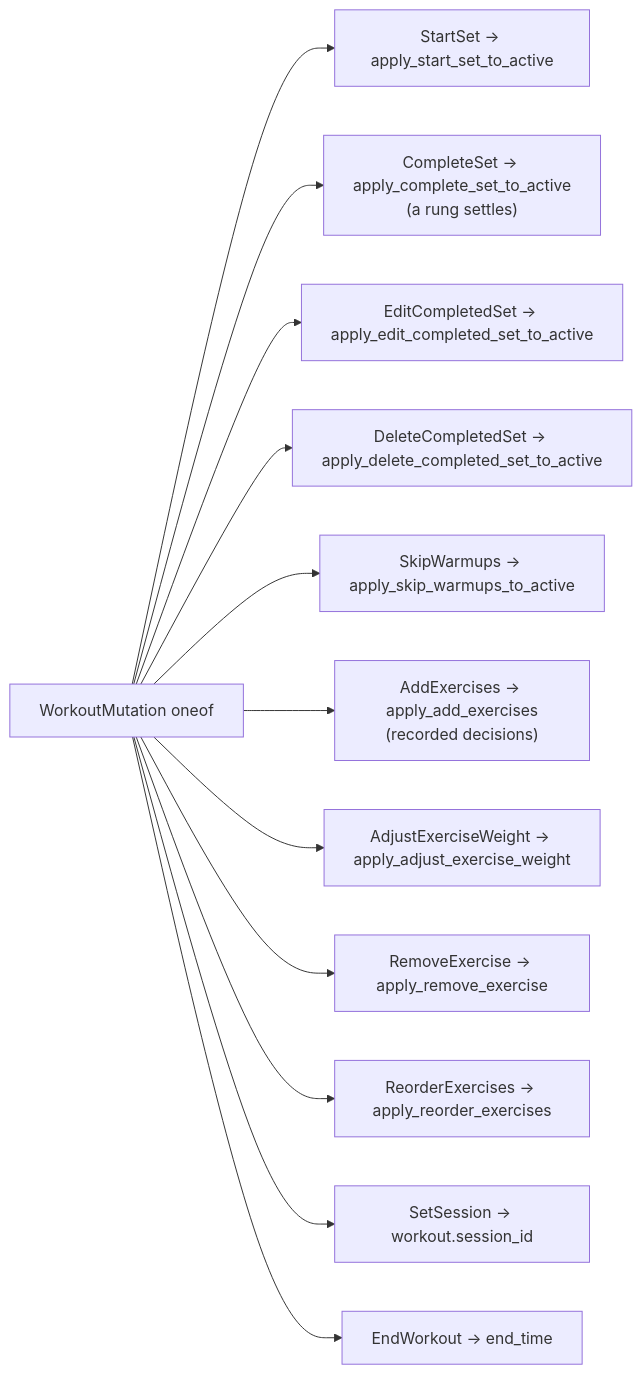
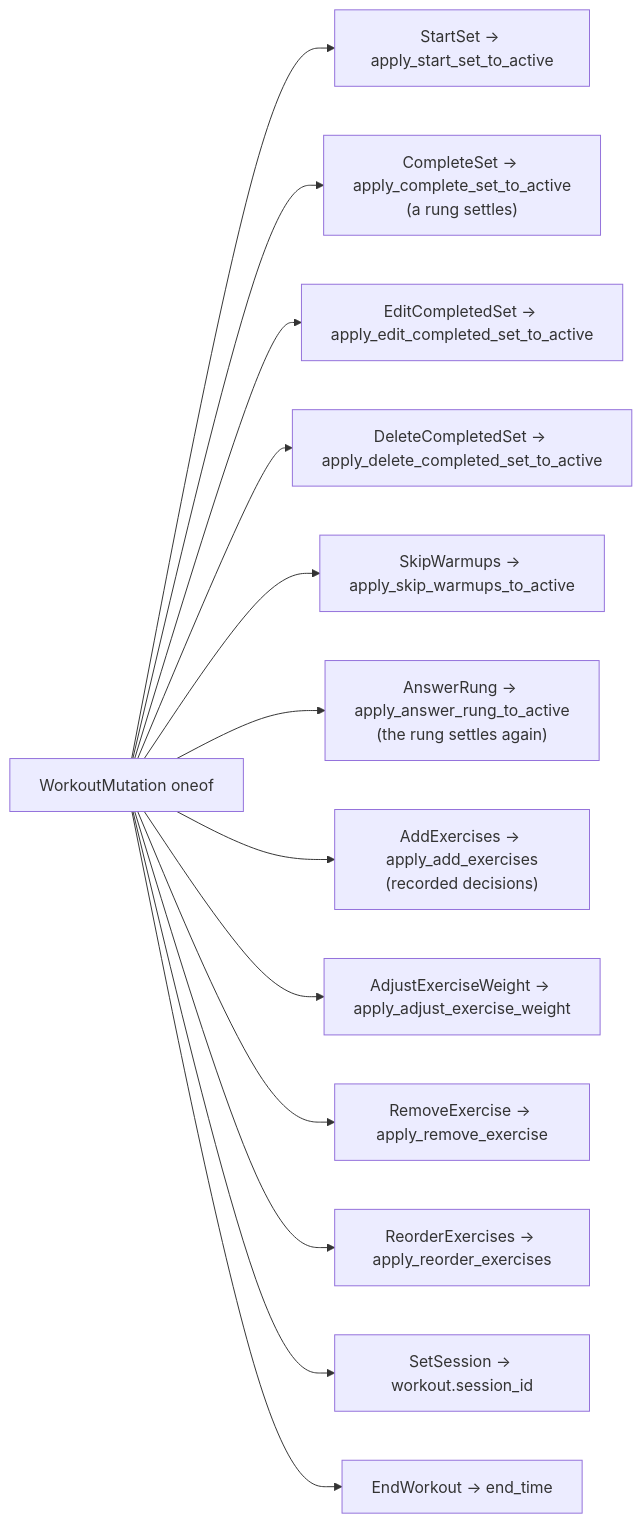
One commit to brensch/lift changed the sixth of 7 diagrams in docs/architecture/workout-lifecycle.md. Above: the diagram before and after it, drawn with Mermaid. The commit also changed other lines of this file and 2 other files, not shown here.

````diff
--- a/docs/architecture/workout-lifecycle.md
+++ b/docs/architecture/workout-lifecycle.md
@@ -427,14 +450,15 @@
 ```mermaid
 graph LR
     m["WorkoutMutation oneof"] --> t1["StartSet → apply_start_set_to_active"]
     m --> t2["CompleteSet → apply_complete_set_to_active<br/>(a rung settles)"]
     m --> t3["EditCompletedSet → apply_edit_completed_set_to_active"]
     m --> t4["DeleteCompletedSet → apply_delete_completed_set_to_active"]
     m --> t6["SkipWarmups → apply_skip_warmups_to_active"]
+    m --> t13["AnswerRung → apply_answer_rung_to_active<br/>(the rung settles again)"]
     m --> t7["AddExercises → apply_add_exercises<br/>(recorded decisions)"]
     m --> t8["AdjustExerciseWeight → apply_adjust_exercise_weight"]
     m --> t9["RemoveExercise → apply_remove_exercise"]
     m --> t10["ReorderExercises → apply_reorder_exercises"]
     m --> t11["SetSession → workout.session_id"]
     m --> t12["EndWorkout → end_time"]
 ```
````
